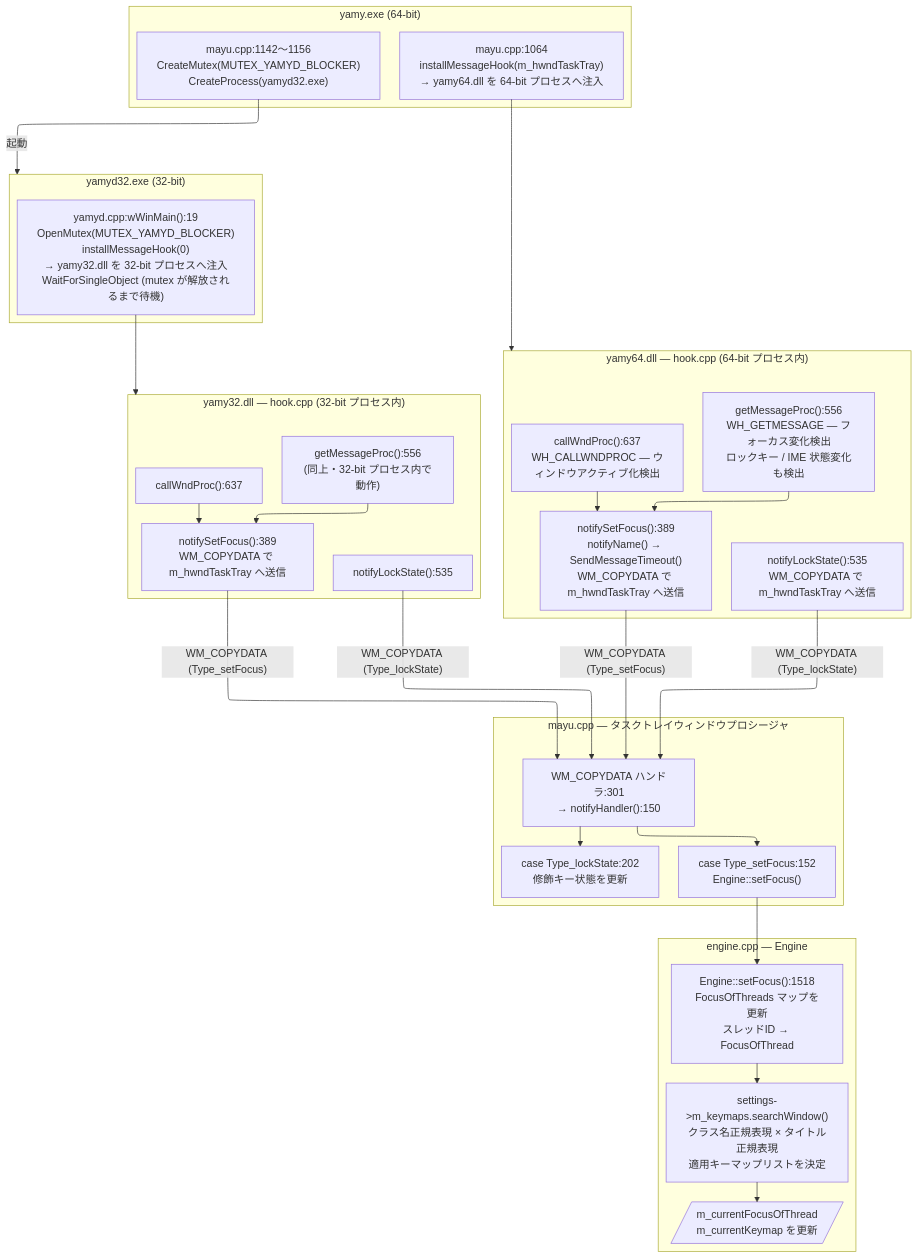
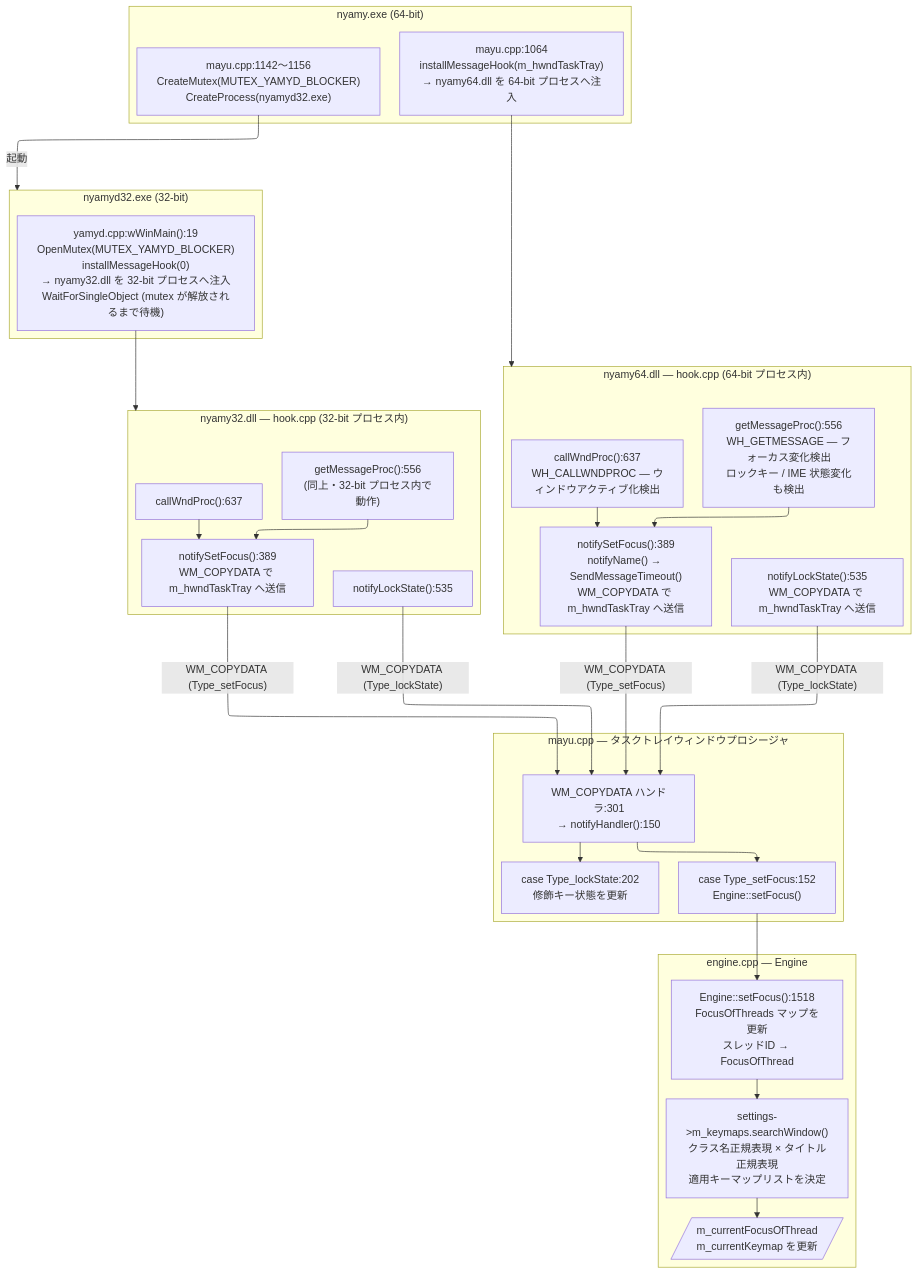
One commit to vmi/nyamy changed the second of 5 diagrams in doc/event-flow.md. Above: the diagram before and after it, drawn with Mermaid. The commit also changed other lines of this file and 80 other files, not shown here.

````diff
--- a/doc/event-flow.md
+++ b/doc/event-flow.md
@@ -121,59 +121,59 @@
 ```mermaid
 ---
 config:
   layout: elk
 ---
 flowchart TD
-    subgraph proc_yamy["yamy.exe (64-bit)"]
-        INIT["mayu.cpp:1064<br>installMessageHook(m_hwndTaskTray)<br>→ yamy64.dll を 64-bit プロセスへ注入"]
-        SPAWN["mayu.cpp:1142〜1156<br>CreateMutex(MUTEX_YAMYD_BLOCKER)<br>CreateProcess(yamyd32.exe)"]
+    subgraph proc_nyamy["nyamy.exe (64-bit)"]
+        INIT["mayu.cpp:1064<br>installMessageHook(m_hwndTaskTray)<br>→ nyamy64.dll を 64-bit プロセスへ注入"]
+        SPAWN["mayu.cpp:1142〜1156<br>CreateMutex(MUTEX_YAMYD_BLOCKER)<br>CreateProcess(nyamyd32.exe)"]
     end
 
-    subgraph proc_yamyd["yamyd32.exe (32-bit)"]
-        YAMYD["yamyd.cpp:wWinMain():19<br>OpenMutex(MUTEX_YAMYD_BLOCKER)<br>installMessageHook(0)<br>→ yamy32.dll を 32-bit プロセスへ注入<br>WaitForSingleObject (mutex が解放されるまで待機)"]
+    subgraph proc_nyamyd["nyamyd32.exe (32-bit)"]
+        NYAMYD["yamyd.cpp:wWinMain():19<br>OpenMutex(MUTEX_YAMYD_BLOCKER)<br>installMessageHook(0)<br>→ nyamy32.dll を 32-bit プロセスへ注入<br>WaitForSingleObject (mutex が解放されるまで待機)"]
     end
 
-    subgraph hook_dll64["yamy64.dll — hook.cpp (64-bit プロセス内)"]
+    subgraph hook_dll64["nyamy64.dll — hook.cpp (64-bit プロセス内)"]
         A64["getMessageProc():556<br>WH_GETMESSAGE — フォーカス変化検出<br>ロックキー / IME 状態変化も検出"]
         A264["callWndProc():637<br>WH_CALLWNDPROC — ウィンドウアクティブ化検出"]
         B64["notifySetFocus():389<br>notifyName() → SendMessageTimeout()<br>WM_COPYDATA で m_hwndTaskTray へ送信"]
         B264["notifyLockState():535<br>WM_COPYDATA で m_hwndTaskTray へ送信"]
     end
 
-    subgraph hook_dll32["yamy32.dll — hook.cpp (32-bit プロセス内)"]
+    subgraph hook_dll32["nyamy32.dll — hook.cpp (32-bit プロセス内)"]
         A32["getMessageProc():556<br>(同上・32-bit プロセス内で動作)"]
         A232["callWndProc():637"]
         B32["notifySetFocus():389<br>WM_COPYDATA で m_hwndTaskTray へ送信"]
         B232["notifyLockState():535"]
     end
 
     subgraph mayu_recv["mayu.cpp — タスクトレイウィンドウプロシージャ"]
         WCD["WM_COPYDATA ハンドラ:301<br>→ notifyHandler():150"]
         NH_SF["case Type_setFocus:152<br>Engine::setFocus()"]
         NH_LS["case Type_lockState:202<br>修飾キー状態を更新"]
     end
 
     subgraph engine_focus["engine.cpp — Engine"]
         C["Engine::setFocus():1518<br>FocusOfThreads マップを更新<br>スレッドID → FocusOfThread"]
         D["settings->m_keymaps.searchWindow()<br>クラス名正規表現 × タイトル正規表現<br>適用キーマップリストを決定"]
         E[/"m_currentFocusOfThread<br>m_currentKeymap を更新"/]
     end
 
-    SPAWN -->|"起動"| proc_yamyd
+    SPAWN -->|"起動"| proc_nyamyd
     INIT --> hook_dll64
-    YAMYD --> hook_dll32
+    NYAMYD --> hook_dll32
 
     A64 --> B64
     A264 --> B64
     A32 --> B32
     A232 --> B32
 
     B64 -->|"WM_COPYDATA (Type_setFocus)"| WCD
     B32 -->|"WM_COPYDATA (Type_setFocus)"| WCD
     B264 -->|"WM_COPYDATA (Type_lockState)"| WCD
     B232 -->|"WM_COPYDATA (Type_lockState)"| WCD
 
     WCD --> NH_SF
     WCD --> NH_LS
     NH_SF --> C --> D --> E
 ```
````
